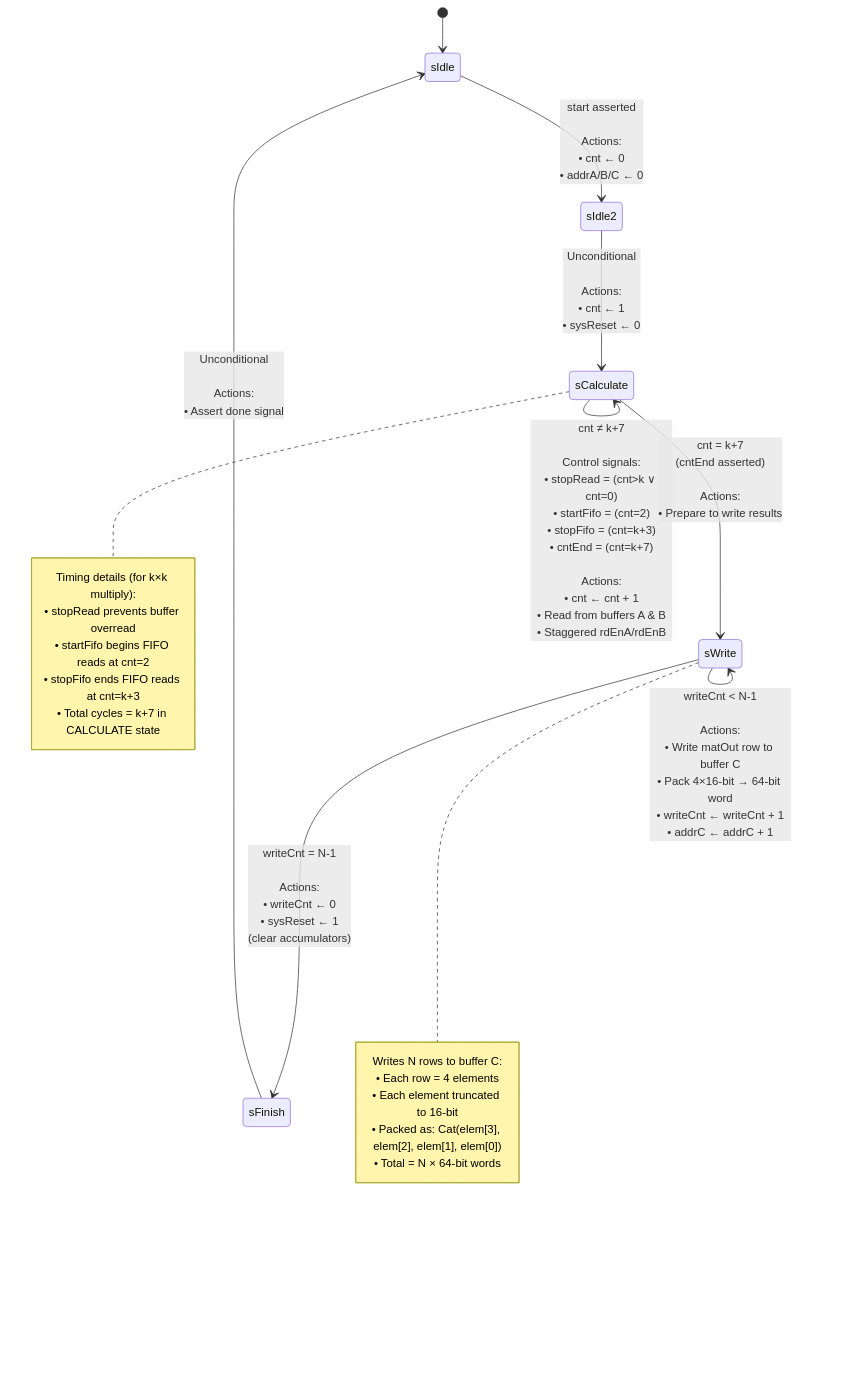
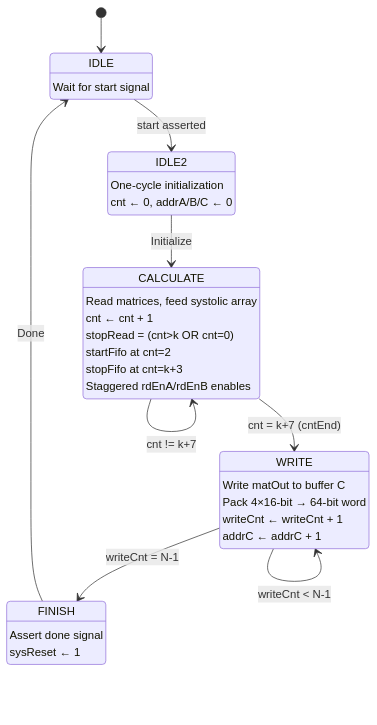
One commit to LeoriumDev/chisel-tpu changed the third of 4 diagrams in README.md. Above: the diagram before and after it, drawn with Mermaid.

````diff
--- a/README.md
+++ b/README.md
@@ -150,34 +150,37 @@
 ```mermaid
 stateDiagram-v2
     [*] --> sIdle
 
-    sIdle --> sIdle2: start asserted<br/><br/>Actions:<br/>• cnt ← 0<br/>• addrA/B/C ← 0
+    sIdle --> sIdle2: start asserted
+    sIdle2 --> sCalculate: Initialize
+    sCalculate --> sCalculate: cnt != k+7
+    sCalculate --> sWrite: cnt = k+7 (cntEnd)
+    sWrite --> sWrite: writeCnt < N-1
+    sWrite --> sFinish: writeCnt = N-1
+    sFinish --> sIdle: Done
 
-    sIdle2 --> sCalculate: Unconditional<br/><br/>Actions:<br/>• cnt ← 1<br/>• sysReset ← 0
+    sIdle: IDLE
+    sIdle: Wait for start signal
 
-    sCalculate --> sCalculate: cnt ≠ k+7<br/><br/>Control signals:<br/>• stopRead = (cnt>k ∨ cnt=0)<br/>• startFifo = (cnt=2)<br/>• stopFifo = (cnt=k+3)<br/>• cntEnd = (cnt=k+7)<br/><br/>Actions:<br/>• cnt ← cnt + 1<br/>• Read from buffers A & B<br/>• Staggered rdEnA/rdEnB
+    sIdle2: IDLE2
+    sIdle2: One-cycle initialization
+    sIdle2: cnt ← 0, addrA/B/C ← 0
 
-    sCalculate --> sWrite: cnt = k+7<br/>(cntEnd asserted)<br/><br/>Actions:<br/>• Prepare to write results
+    sCalculate: CALCULATE
+    sCalculate: Read matrices, feed systolic array
+    sCalculate: cnt ← cnt + 1
+    sCalculate: stopRead = (cnt>k OR cnt=0)
+    sCalculate: startFifo at cnt=2
+    sCalculate: stopFifo at cnt=k+3
+    sCalculate: Staggered rdEnA/rdEnB enables
 
-    sWrite --> sWrite: writeCnt < N-1<br/><br/>Actions:<br/>• Write matOut row to buffer C<br/>• Pack 4×16-bit → 64-bit word<br/>• writeCnt ← writeCnt + 1<br/>• addrC ← addrC + 1
+    sWrite: WRITE
+    sWrite: Write matOut to buffer C
+    sWrite: Pack 4×16-bit → 64-bit word
+    sWrite: writeCnt ← writeCnt + 1
+    sWrite: addrC ← addrC + 1
 
-    sWrite --> sFinish: writeCnt = N-1<br/><br/>Actions:<br/>• writeCnt ← 0<br/>• sysReset ← 1<br/>(clear accumulators)
-
-    sFinish --> sIdle: Unconditional<br/><br/>Actions:<br/>• Assert done signal
-
-    note right of sCalculate
-        Timing details (for k×k multiply):
-        • stopRead prevents buffer overread
-        • startFifo begins FIFO reads at cnt=2
-        • stopFifo ends FIFO reads at cnt=k+3
-        • Total cycles = k+7 in CALCULATE state
-    end note
-
-    note right of sWrite
-        Writes N rows to buffer C:
-        • Each row = 4 elements
-        • Each element truncated to 16-bit
-        • Packed as: Cat(elem[3], elem[2], elem[1], elem[0])
-        • Total = N × 64-bit words
-    end note
+    sFinish: FINISH
+    sFinish: Assert done signal
+    sFinish: sysReset ← 1
 ```
````
